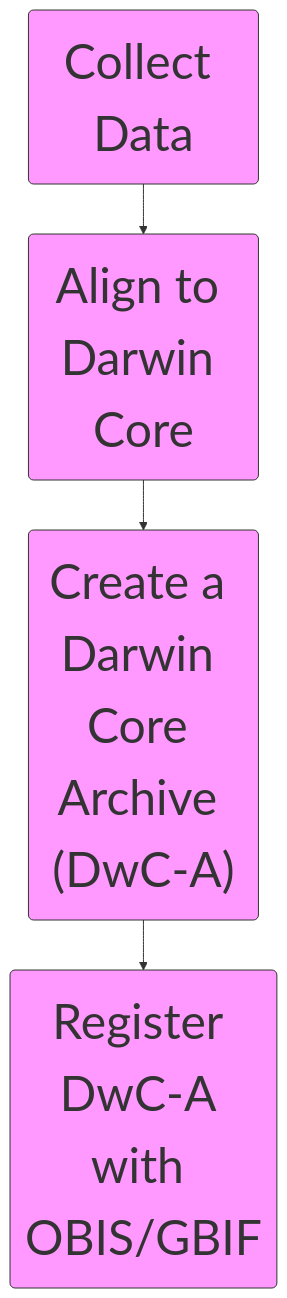
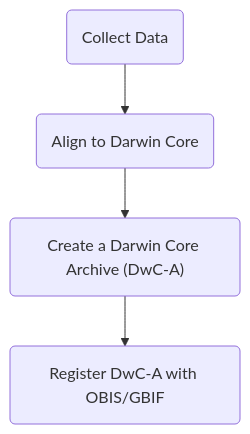
One commit to sformel-usgs/talks changed the diagram in noaa_omics_seminar/noaa_omics_seminar_2024-04-17.qmd. Above: the diagram before and after it, drawn with Mermaid. The commit also changed 84 other files, not shown here.

````diff
--- a/noaa_omics_seminar/noaa_omics_seminar_2024-04-17.qmd
+++ b/noaa_omics_seminar/noaa_omics_seminar_2024-04-17.qmd
@@ -437,14 +437,14 @@
 ```{mermaid}
+%%| fig-width: 10
+%%| fig-height: 5
 
 flowchart TB
    
     collect("Collect Data")
     align("Align to Darwin Core")
     create("Create a Darwin Core Archive (DwC-A)")
     register("Register DwC-A with OBIS/GBIF")
     
     collect-->align-->create-->register
-
-    classDef default fill:#f9f,stroke:#333,stroke-width:1px,font-size:48px;
     
 ```
````
